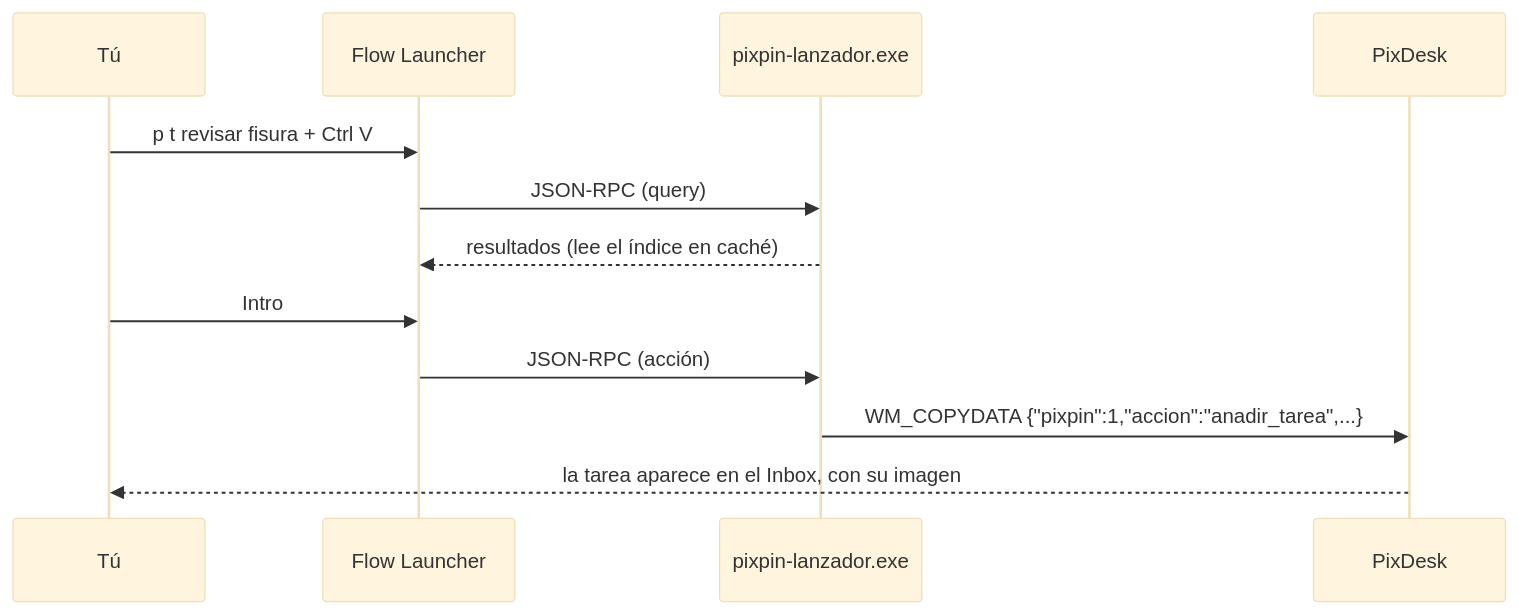
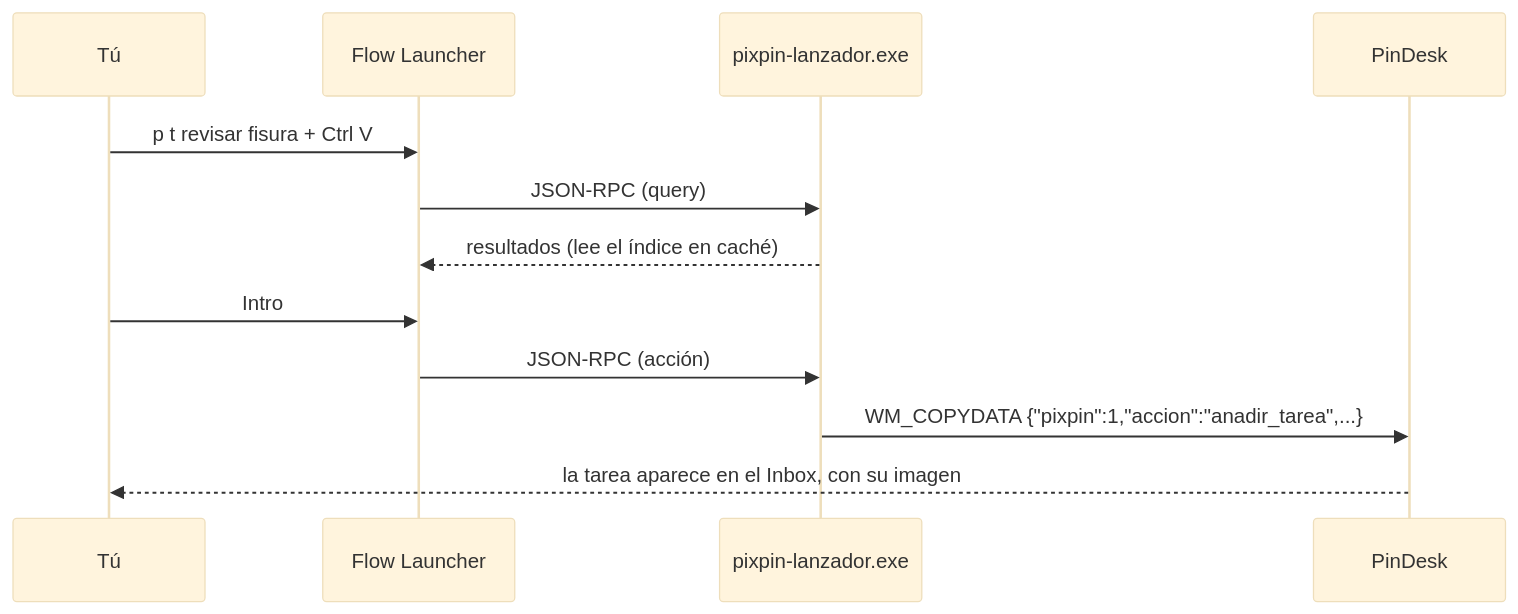
One commit to 1xmanMAX/PIXPIN_PRO_WINDOWS changed the second of 4 diagrams in README.md. Above: the diagram before and after it, drawn with Mermaid (base theme). The commit also changed other lines of this file and 225 other files, not shown here.

First line of the commit message:
El nombre definitivo es PinDesk (reservado en Microsoft Store), no PixDesk

````diff
--- a/README.md
+++ b/README.md
@@ -595,14 +595,14 @@
 ```mermaid
 sequenceDiagram
     participant U as Tú
     participant F as Flow Launcher
     participant L as pixpin-lanzador.exe
-    participant P as PixDesk
+    participant P as PinDesk
     U->>F: p t revisar fisura + Ctrl V
     F->>L: JSON-RPC (query)
     L-->>F: resultados (lee el índice en caché)
     U->>F: Intro
     F->>L: JSON-RPC (acción)
     L->>P: WM_COPYDATA {"pixpin":1,"accion":"anadir_tarea",...}
     P-->>U: la tarea aparece en el Inbox, con su imagen
 ```
````
